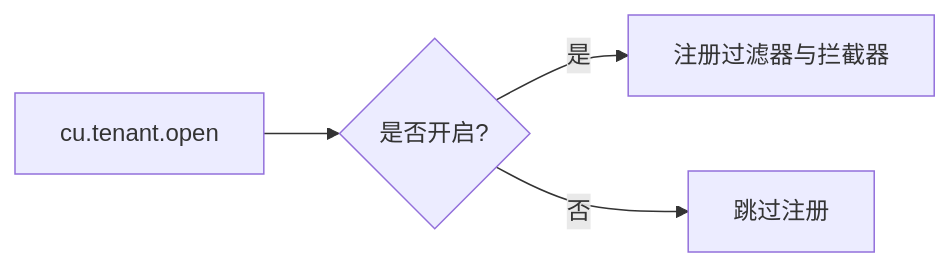
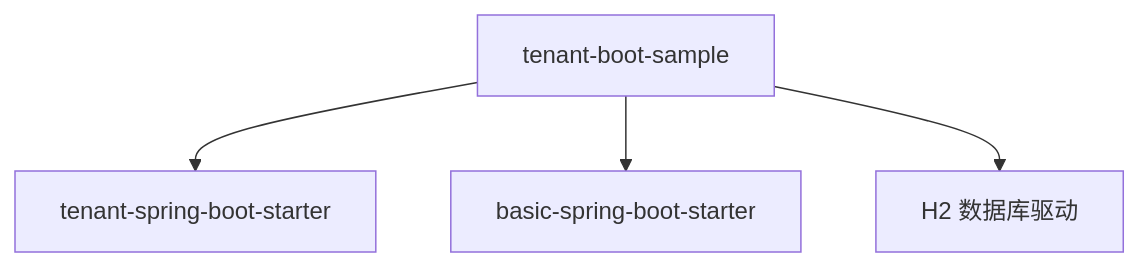
One commit to LiukewenSC/kewen-framework changed the eighth of 9 diagrams in .qoder/repowiki/zh/content/示例应用/多租户示例.md. Above: the diagram before and after it, drawn with Mermaid. The commit also changed other lines of this file and 195 other files, not shown here.

````diff
--- a/.qoder/repowiki/zh/content/示例应用/多租户示例.md
+++ b/.qoder/repowiki/zh/content/示例应用/多租户示例.md
@@ -206,6 +283,6 @@
 ```mermaid
-graph LR
-Conf["cu.tenant.open"] --> Cond{"是否开启?"}
-Cond --> |是| Beans["注册过滤器与拦截器"]
-Cond --> |否| Skip["跳过注册"]
+graph TB
+    Sample["tenant-boot-sample"] --> Starter["tenant-spring-boot-starter"]
+    Sample --> Basic["basic-spring-boot-starter"]
+    Sample --> H2["H2 数据库驱动"]
 ```
````
